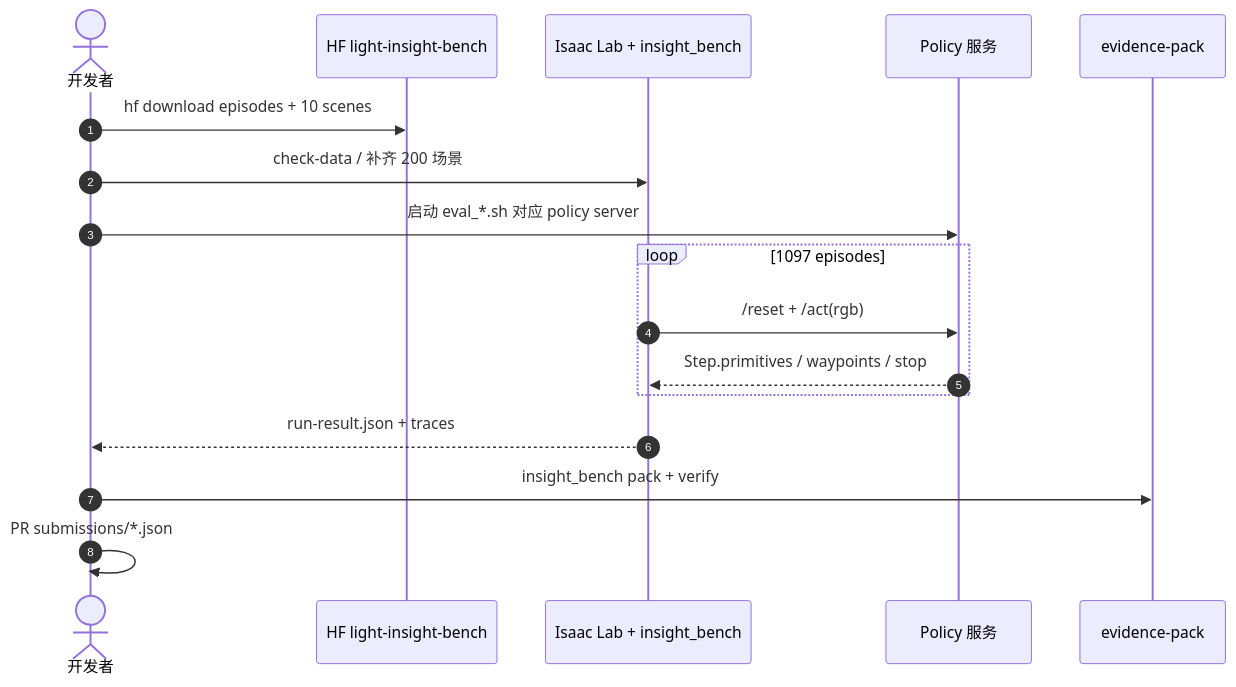
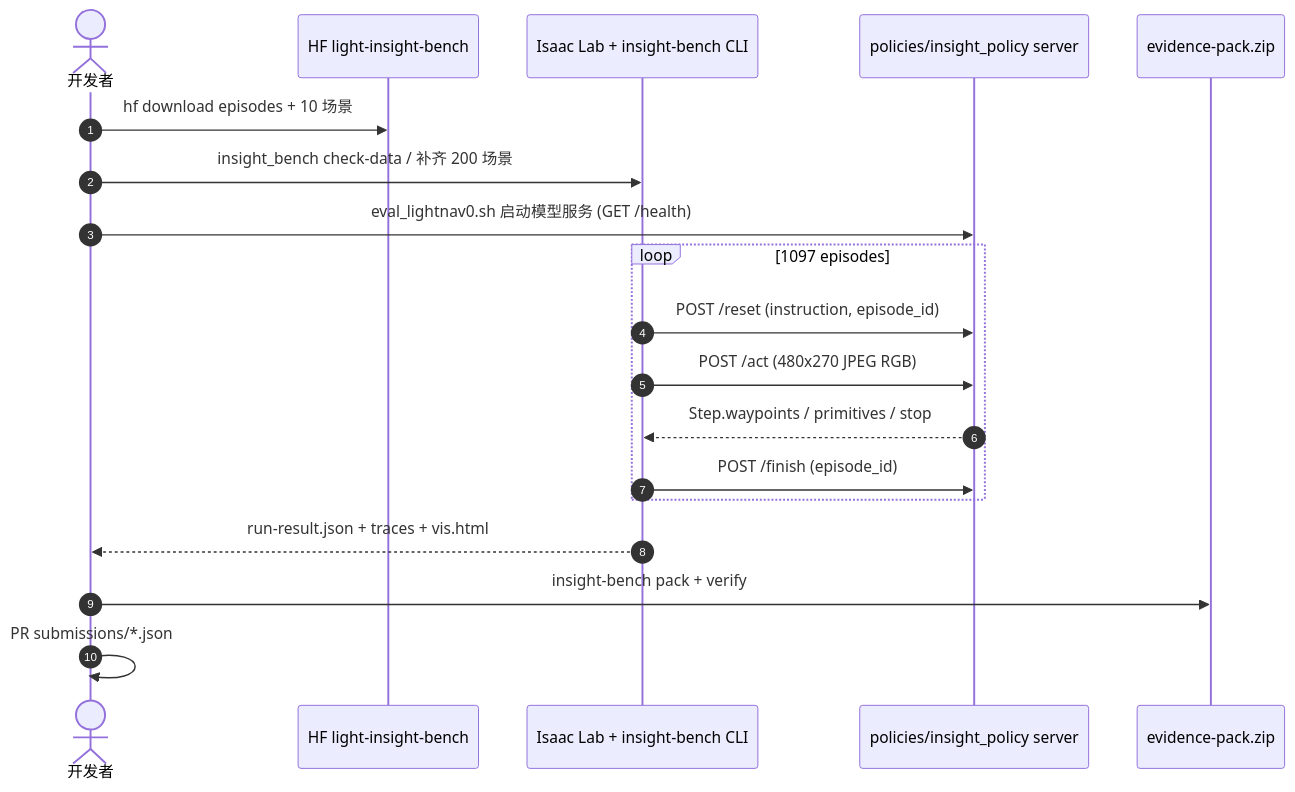
One commit to ImChong/Robotics_Notebooks changed the second of 2 diagrams in wiki/entities/insight-bench.md. Above: the diagram before and after it, drawn with Mermaid. The commit also changed other lines of this file and 450 other files, not shown here.

Commit message:
[2026-11-22] ingest | sources/ & wiki/ — 补齐 33 家公司路线 165/167 节点一手原文通读、骨架与 Mermaid 图表至 3/3

````diff
--- a/wiki/entities/insight-bench.md
+++ b/wiki/entities/insight-bench.md
@@ -157,19 +171,21 @@
 ```mermaid
 sequenceDiagram
     autonumber
     actor Dev as 开发者
     participant HF as HF light-insight-bench
-    participant IL as Isaac Lab + insight_bench
-    participant Pol as Policy 服务
-    participant Pack as evidence-pack
-    Dev->>HF: hf download episodes + 10 scenes
-    Dev->>IL: check-data / 补齐 200 场景
-    Dev->>Pol: 启动 eval_*.sh 对应 policy server
+    participant IL as Isaac Lab + insight-bench CLI
+    participant Pol as policies/insight_policy server
+    participant Pack as evidence-pack.zip
+    Dev->>HF: hf download episodes + 10 场景
+    Dev->>IL: insight_bench check-data / 补齐 200 场景
+    Dev->>Pol: eval_lightnav0.sh 启动模型服务 (GET /health)
     loop 1097 episodes
-        IL->>Pol: /reset + /act(rgb)
-        Pol-->>IL: Step.primitives / waypoints / stop
+        IL->>Pol: POST /reset (instruction, episode_id)
+        IL->>Pol: POST /act (480x270 JPEG RGB)
+        Pol-->>IL: Step.waypoints / primitives / stop
+        IL->>Pol: POST /finish (episode_id)
     end
-    IL-->>Dev: run-result.json + traces
-    Dev->>Pack: insight_bench pack + verify
+    IL-->>Dev: run-result.json + traces + vis.html
+    Dev->>Pack: insight-bench pack + verify
     Dev->>Dev: PR submissions/*.json
 ```
````
